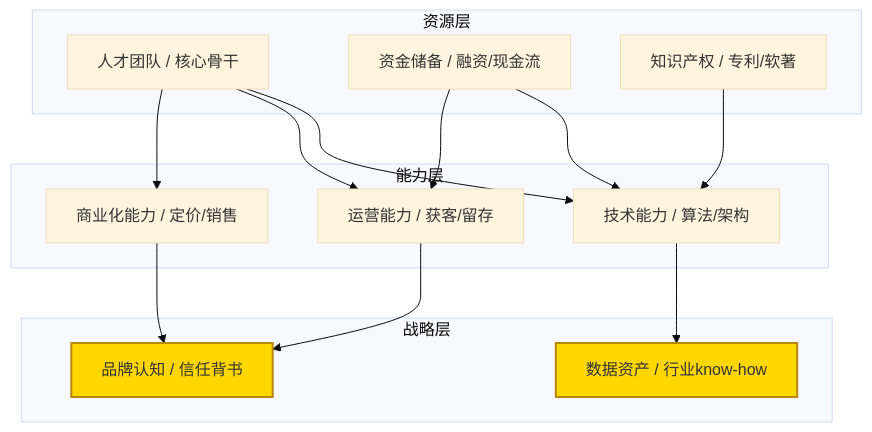
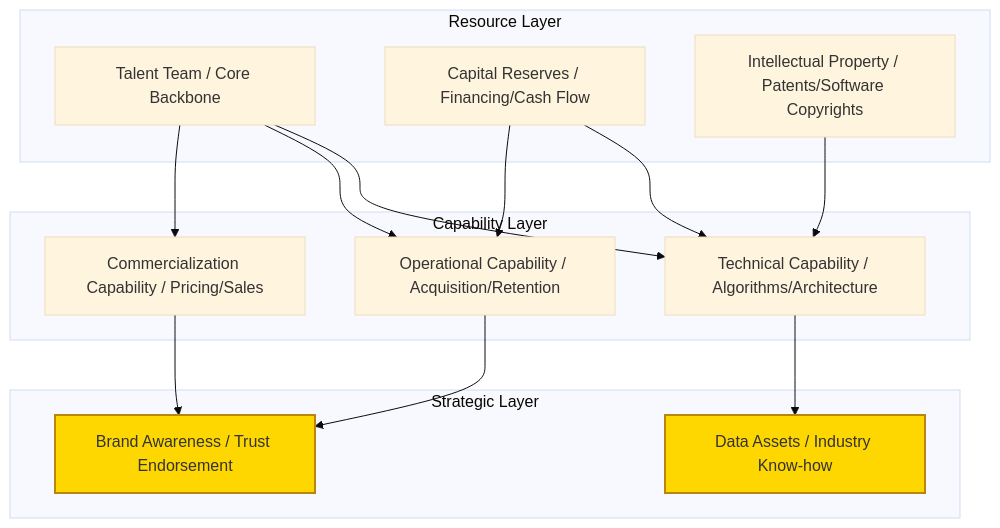
Before and after one commit to Kirky-X/cangjie: the ninth of 15 diagrams in templates/【模板】商业模式文档.md, drawn with Mermaid (base theme). The commit also changed other lines of this file and 12 other files, not shown here.

````diff
--- a/templates/【模板】商业模式文档.md
+++ b/templates/【模板】商业模式文档.md
@@ -328,32 +328,32 @@
 ```mermaid
 graph TB
-    subgraph 战略层
-        S1[数据资产 / 行业know-how]
-        S2[品牌认知 / 信任背书]
+    subgraph Strategic Layer
+        S1[Data Assets / Industry Know-how]
+        S2[Brand Awareness / Trust Endorsement]
     end
 
-    subgraph 能力层
-        C1[技术能力 / 算法/架构]
-        C2[运营能力 / 获客/留存]
-        C3[商业化能力 / 定价/销售]
+    subgraph Capability Layer
+        C1[Technical Capability / Algorithms/Architecture]
+        C2[Operational Capability / Acquisition/Retention]
+        C3[Commercialization Capability / Pricing/Sales]
     end
 
-    subgraph 资源层
-        R1[人才团队 / 核心骨干]
-        R2[资金储备 / 融资/现金流]
-        R3[知识产权 / 专利/软著]
+    subgraph Resource Layer
+        R1[Talent Team / Core Backbone]
+        R2[Capital Reserves / Financing/Cash Flow]
+        R3[Intellectual Property / Patents/Software Copyrights]
     end
 
     R1 --> C1
     R1 --> C2
     R1 --> C3
     C1 --> S1
     C2 --> S2
     C3 --> S2
     R2 --> C1
     R2 --> C2
     R3 --> C1
 
     style S1 fill:#ffd700,stroke:#b8860b,stroke-width:2px
     style S2 fill:#ffd700,stroke:#b8860b,stroke-width:2px
 ```
````
